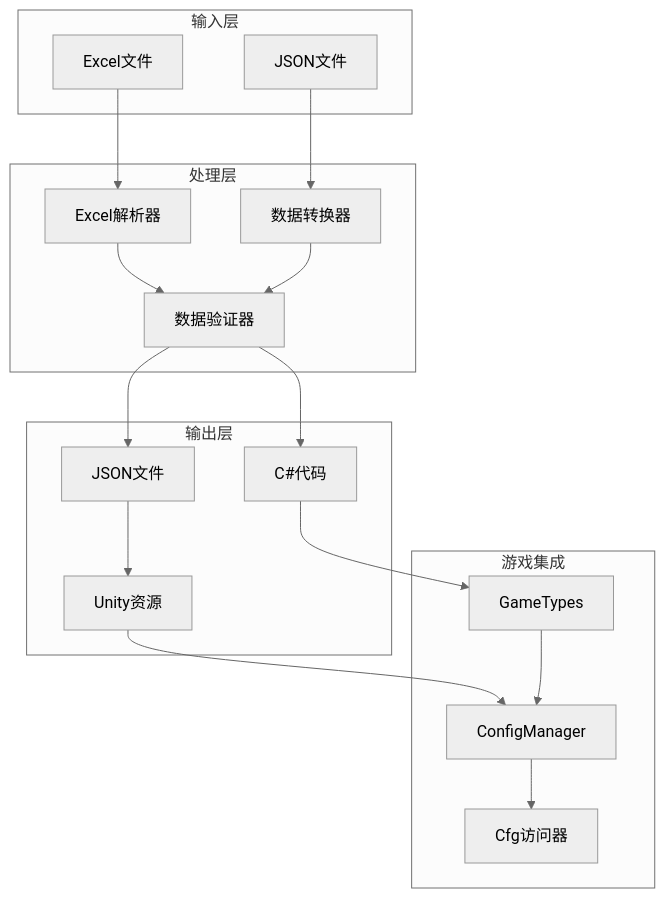
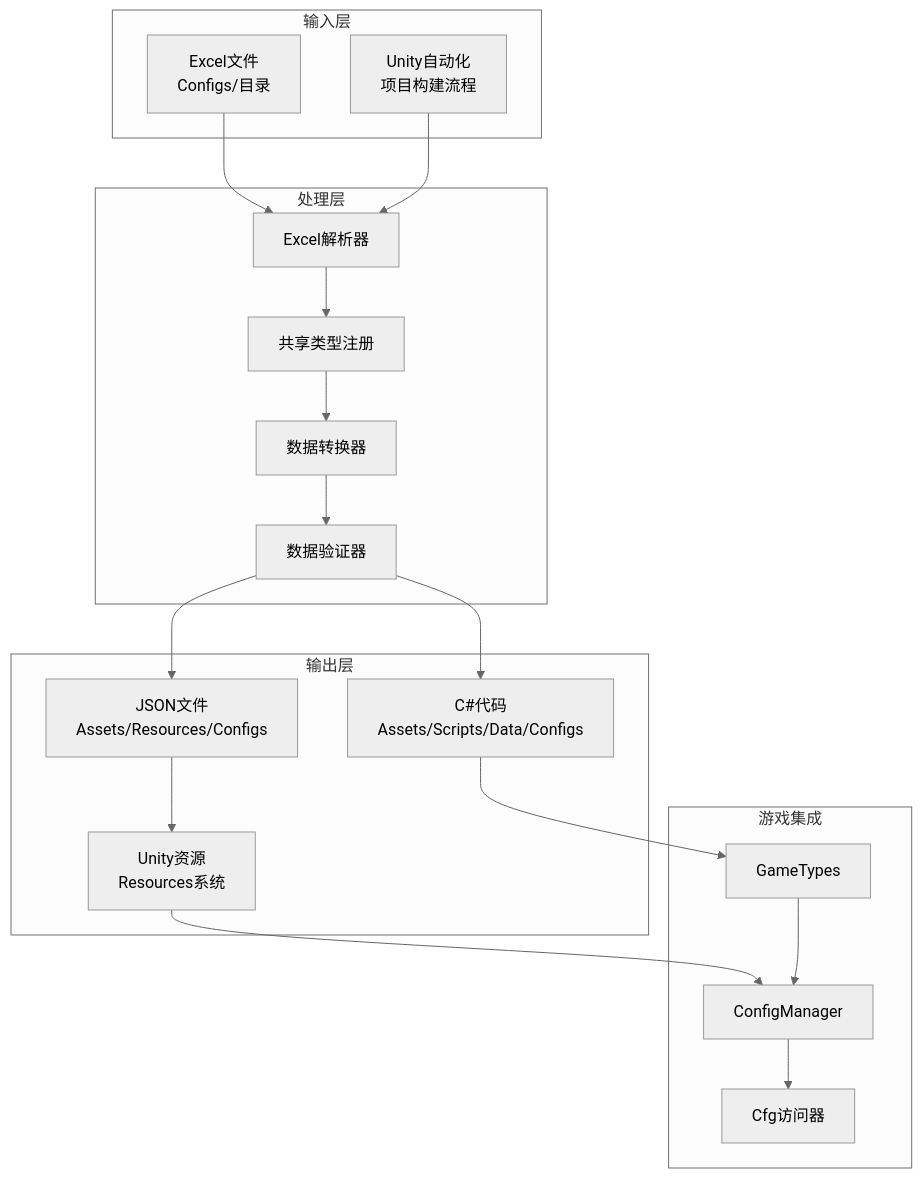
Before and after one commit to Tuusen/p1_client: the third of 10 diagrams in .qoder/repowiki/zh/content/核心架构/数据生成工具.md, drawn with Mermaid (neutral theme). The commit also changed other lines of this file and 29 other files, not shown here.

````diff
--- a/.qoder/repowiki/zh/content/核心架构/数据生成工具.md
+++ b/.qoder/repowiki/zh/content/核心架构/数据生成工具.md
@@ -168,33 +130,35 @@
 ```mermaid
 graph TB
 subgraph "输入层"
-EXCEL[Excel文件]
-JSON_IN[JSON文件]
+EXCEL[Excel文件<br/>Configs/目录]
+AUTOMATION[Unity自动化<br/>项目构建流程]
 end
 subgraph "处理层"
 PARSER[Excel解析器]
 CONVERTER[数据转换器]
 VALIDATOR[数据验证器]
+SHARED_TYPES[共享类型注册]
 end
 subgraph "输出层"
-JSON_OUT[JSON文件]
-CS_OUT[C#代码]
-RESOURCES[Unity资源]
+JSON_OUT[JSON文件<br/>Assets/Resources/Configs]
+CS_OUT[C#代码<br/>Assets/Scripts/Data/Configs]
+RESOURCES[Unity资源<br/>Resources系统]
 end
 subgraph "游戏集成"
 CONFIG_MANAGER[ConfigManager]
 CFG_ACCESSOR[Cfg访问器]
 GAME_TYPES[GameTypes]
 end
 EXCEL --> PARSER
-JSON_IN --> CONVERTER
-PARSER --> VALIDATOR
+PARSER --> SHARED_TYPES
+SHARED_TYPES --> CONVERTER
 CONVERTER --> VALIDATOR
 VALIDATOR --> JSON_OUT
 VALIDATOR --> CS_OUT
 JSON_OUT --> RESOURCES
 CS_OUT --> GAME_TYPES
 RESOURCES --> CONFIG_MANAGER
 GAME_TYPES --> CONFIG_MANAGER
 CONFIG_MANAGER --> CFG_ACCESSOR
+AUTOMATION --> PARSER
 ```
````
